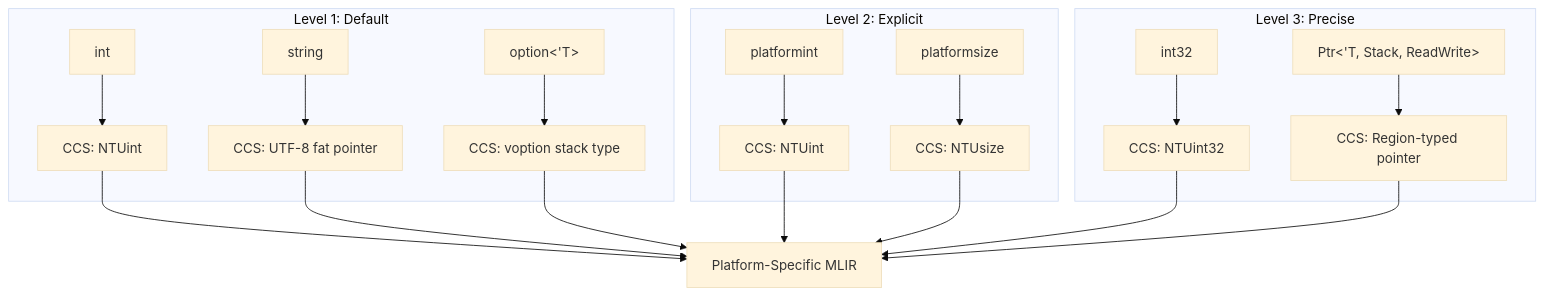
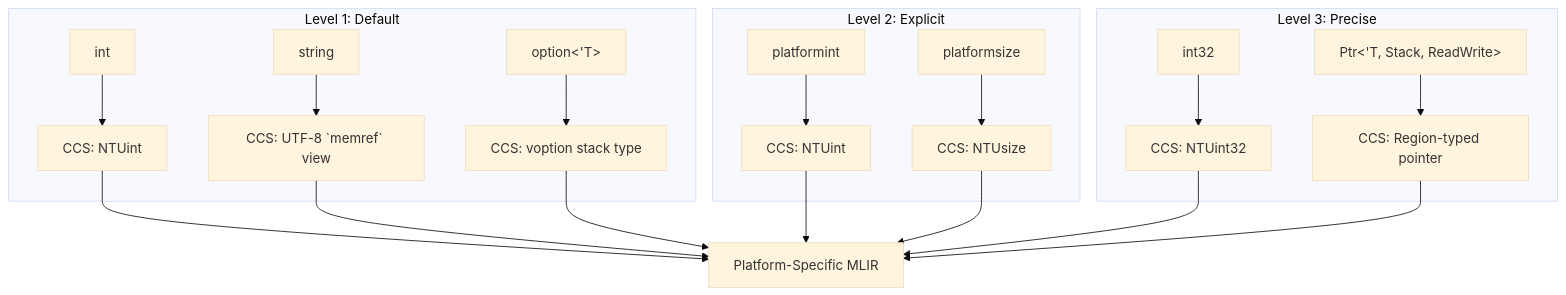
One commit to FidelityFramework/clef-lang-site changed the fourth of 5 diagrams in hugo/content/docs/design/types/bcl-to-ntu.md. Above: the diagram before and after it, drawn with Mermaid (base theme). The commit also changed other lines of this file and 2 other files, not shown here.

Commit message:
docs: strings and arrays as memref views in design chapters

````diff
--- a/hugo/content/docs/design/types/bcl-to-ntu.md
+++ b/hugo/content/docs/design/types/bcl-to-ntu.md
@@ -412,26 +412,26 @@
 ```mermaid
 flowchart TB
     subgraph Level1["Level 1: Default"]
         L1_INT[int] --> L1_CCS[CCS: NTUint]
-        L1_STR[string] --> L1_CCS2[CCS: UTF-8 fat pointer]
+        L1_STR[string] --> L1_CCS2[CCS: UTF-8 `memref<?xi8>` view]
         L1_OPT["option<'T>"] --> L1_CCS3[CCS: voption stack type]
     end
 
     subgraph Level2["Level 2: Explicit"]
         L2_PINT[platformint] --> L2_CCS[CCS: NTUint]
         L2_PSIZE[platformsize] --> L2_CCS2[CCS: NTUsize]
     end
 
     subgraph Level3["Level 3: Precise"]
         L3_INT32[int32] --> L3_CCS[CCS: NTUint32]
         L3_PTR["Ptr<'T, Stack, ReadWrite>"] --> L3_CCS2[CCS: Region-typed pointer]
     end
 
     L1_CCS --> MLIR[Platform-Specific MLIR]
     L1_CCS2 --> MLIR
     L1_CCS3 --> MLIR
     L2_CCS --> MLIR
     L2_CCS2 --> MLIR
     L3_CCS --> MLIR
     L3_CCS2 --> MLIR
 ```
````
